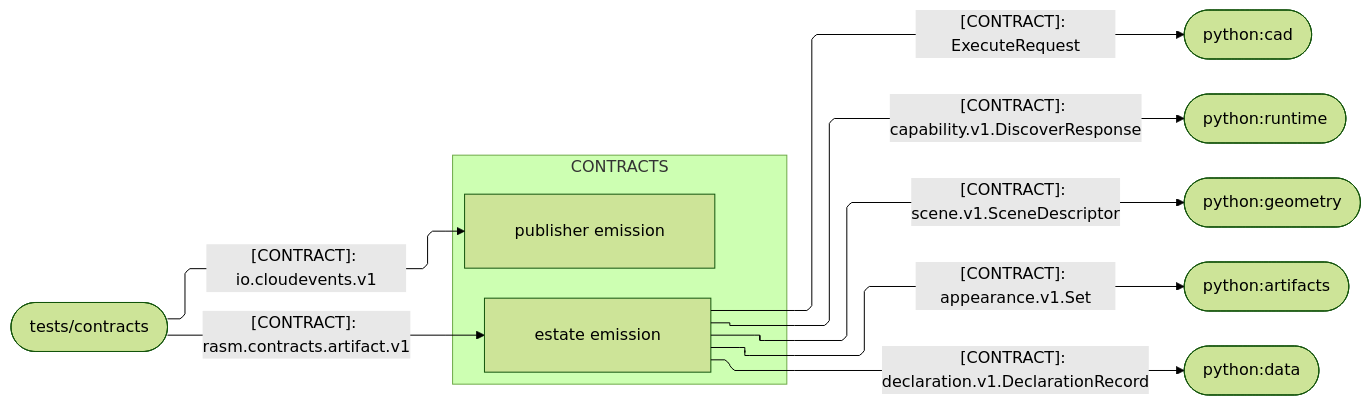
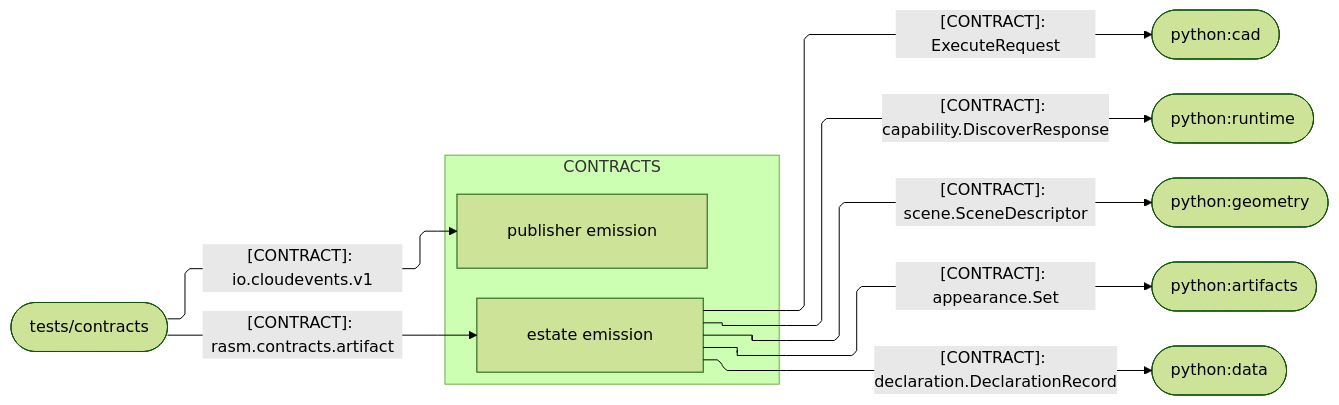
The second of 4 diagrams in libs/python/contracts/ARCHITECTURE.md (bsamiee/Rasm), drawn with Mermaid (forest theme) before and after one commit. The commit also changed other lines of this file and 640 other files, not shown here.

````diff
--- a/libs/python/contracts/ARCHITECTURE.md
+++ b/libs/python/contracts/ARCHITECTURE.md
@@ -79,29 +79,29 @@
 ```mermaid
 ---
 config:
   layout: elk
   flowchart:
     curve: linear
     padding: 25
 ---
 flowchart LR
     accTitle: contracts generated-vocabulary seam registry
     accDescr: Which generated families cross from the corpus into the two emission roots and outward to every consuming branch package.
     subgraph contracts[CONTRACTS]
         Gen[estate emission]
         Vendor[publisher emission]
     end
     Corpus([tests/contracts])
     Cad([python:cad])
     Runtime([python:runtime])
     Geometry([python:geometry])
     Artifacts([python:artifacts])
     Data([python:data])
-    Corpus e1@-->|"[CONTRACT]: rasm.contracts.artifact.v1"| Gen
+    Corpus e1@-->|"[CONTRACT]: rasm.contracts.artifact"| Gen
     Corpus e2@-->|"[CONTRACT]: io.cloudevents.v1"| Vendor
     Gen e3@-->|"[CONTRACT]: ExecuteRequest"| Cad
-    Gen e4@-->|"[CONTRACT]: capability.v1.DiscoverResponse"| Runtime
-    Gen e5@-->|"[CONTRACT]: scene.v1.SceneDescriptor"| Geometry
-    Gen e6@-->|"[CONTRACT]: appearance.v1.Set"| Artifacts
-    Gen e7@-->|"[CONTRACT]: declaration.v1.DeclarationRecord"| Data
+    Gen e4@-->|"[CONTRACT]: capability.DiscoverResponse"| Runtime
+    Gen e5@-->|"[CONTRACT]: scene.SceneDescriptor"| Geometry
+    Gen e6@-->|"[CONTRACT]: appearance.Set"| Artifacts
+    Gen e7@-->|"[CONTRACT]: declaration.DeclarationRecord"| Data
 ```
````
